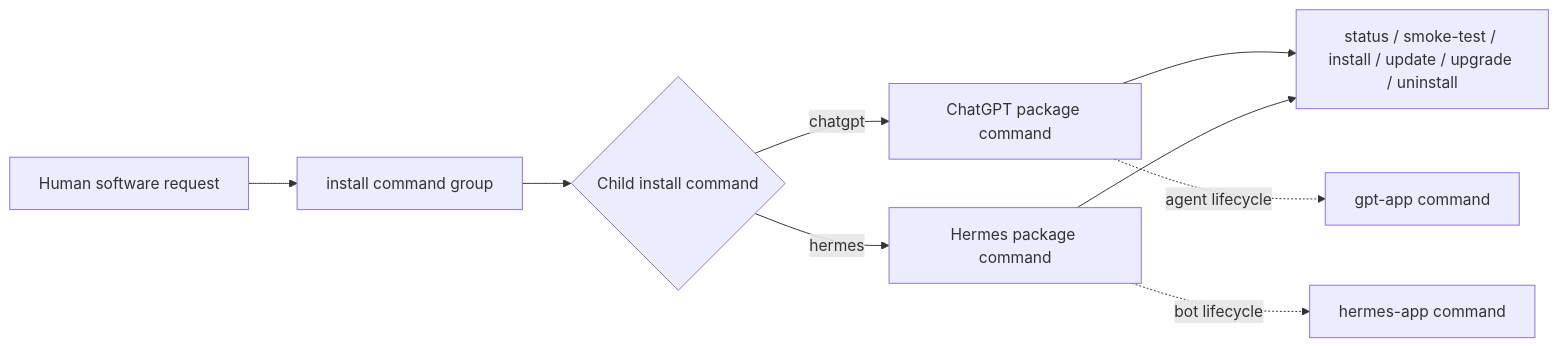
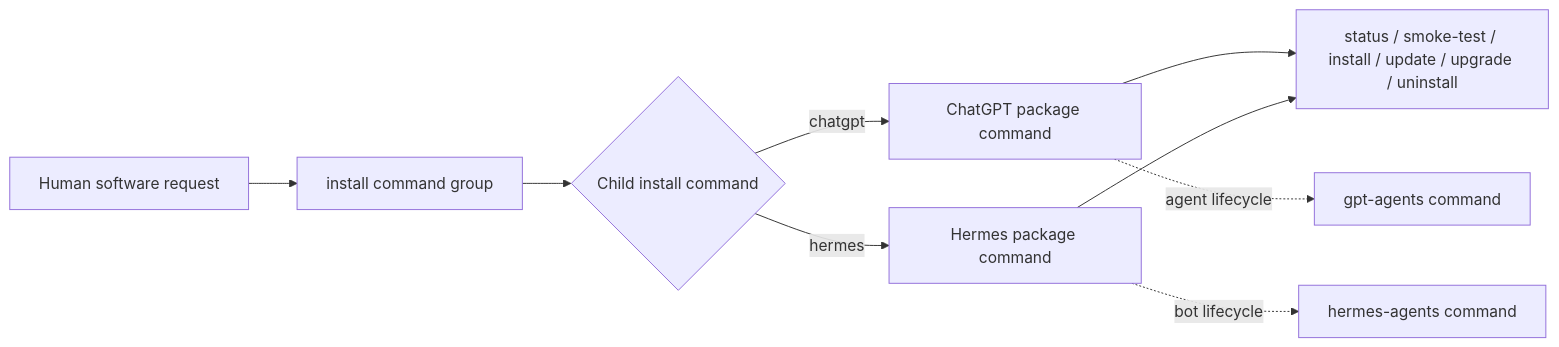
The diagram in ai-commands/install/install.command.md (starodubtsevconsulting/ai-fleas), drawn with Mermaid before and after one commit. The commit also changed 39 other files, not shown here.

First line of the commit message:
refactor: rename gpt-app/hermes-app to gpt-agents/hermes-agents

````diff
--- a/ai-commands/install/install.command.md
+++ b/ai-commands/install/install.command.md
@@ -51,11 +51,11 @@
 ```mermaid
 flowchart LR
   Request["Human software request"] --> Install["install command group"]
   Install --> Target{"Child install command"}
   Target -->|chatgpt| GPT["ChatGPT package command"]
   Target -->|hermes| Hermes["Hermes package command"]
   GPT --> Physical["status / smoke-test / install / update / upgrade / uninstall"]
   Hermes --> Physical
-  GPT -. agent lifecycle .-> GPTCommand["gpt-app command"]
-  Hermes -. bot lifecycle .-> HermesCommand["hermes-app command"]
+  GPT -. agent lifecycle .-> GPTCommand["gpt-agents command"]
+  Hermes -. bot lifecycle .-> HermesCommand["hermes-agents command"]
 ```
````
